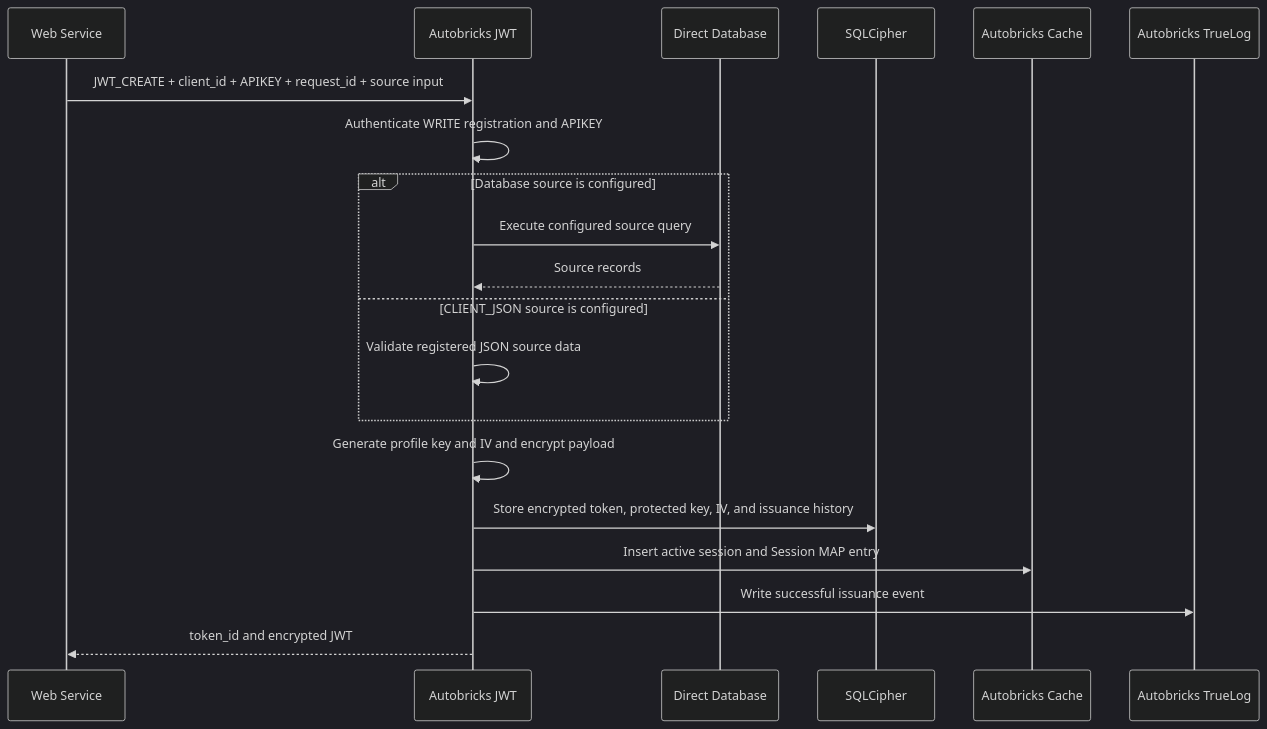
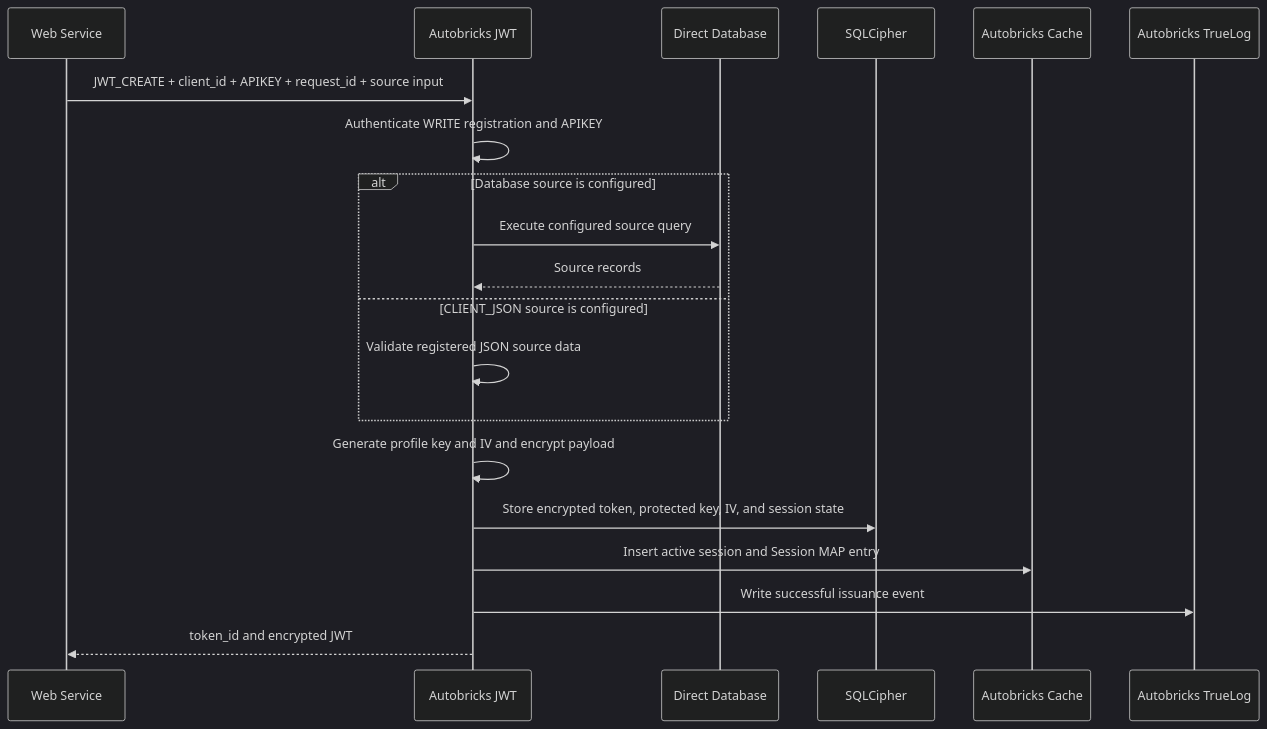
One commit to pregene/autobricks-jwt changed the second of 3 diagrams in ARCHITECTURE.md. Above: the diagram before and after it, drawn with Mermaid (dark theme). The commit also changed other lines of this file and 23 other files, not shown here.

````diff
--- a/ARCHITECTURE.md
+++ b/ARCHITECTURE.md
@@ -526,23 +599,23 @@
 ```mermaid
 sequenceDiagram
     participant W as Web Service
     participant J as Autobricks JWT
     participant D as Direct Database
     participant S as SQLCipher
     participant C as Autobricks Cache
     participant T as Autobricks TrueLog
 
     W->>J: JWT_CREATE + client_id + APIKEY + request_id + source input
     J->>J: Authenticate WRITE registration and APIKEY
     alt Database source is configured
         J->>D: Execute configured source query
         D-->>J: Source records
     else CLIENT_JSON source is configured
         J->>J: Validate registered JSON source data
     end
     J->>J: Generate profile key and IV and encrypt payload
-    J->>S: Store encrypted token, protected key, IV, and issuance history
+    J->>S: Store encrypted token, protected key, IV, and session state
     J->>C: Insert active session and Session MAP entry
     J->>T: Write successful issuance event
     J-->>W: token_id and encrypted JWT
 ```
````
